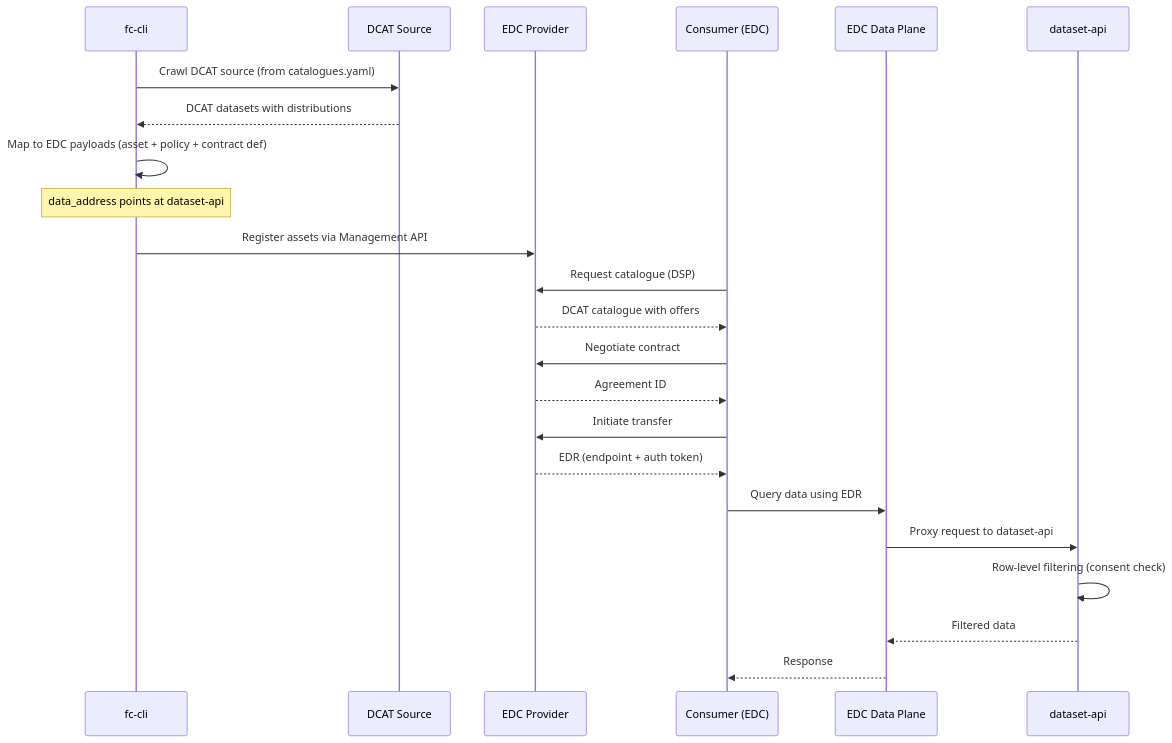
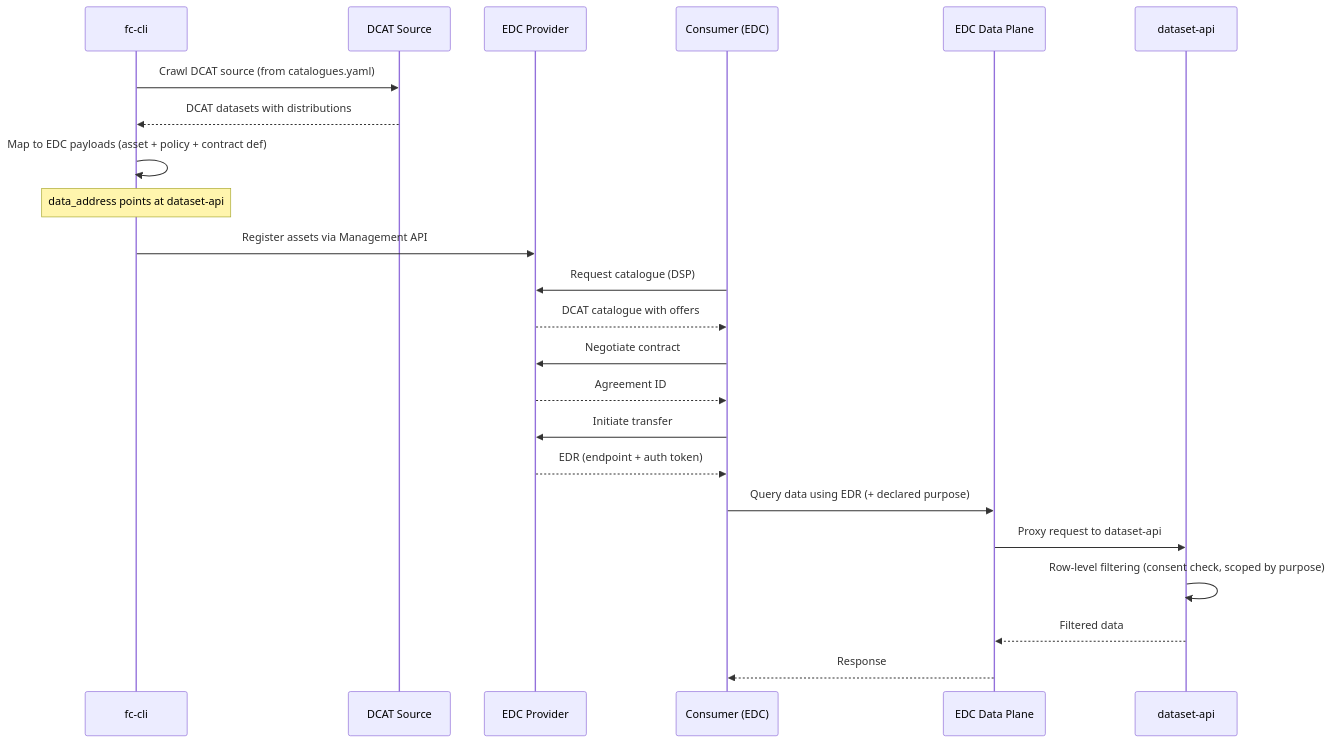
Before and after one commit to spindoxlabs/ds: the second of 2 diagrams in docs/architecture.md, drawn with Mermaid. The commit also changed other lines of this file and 56 other files, not shown here.

````diff
--- a/docs/architecture.md
+++ b/docs/architecture.md
@@ -229,28 +229,28 @@
 ```mermaid
 sequenceDiagram
     participant FC as fc-cli
     participant DCAT as DCAT Source
     participant EDC as EDC Provider
     participant Consumer as Consumer (EDC)
     participant DP as EDC Data Plane
     participant DA as dataset-api
 
     FC->>DCAT: Crawl DCAT source (from catalogues.yaml)
     DCAT-->>FC: DCAT datasets with distributions
     FC->>FC: Map to EDC payloads (asset + policy + contract def)
     Note over FC: data_address points at dataset-api
     FC->>EDC: Register assets via Management API
 
     Consumer->>EDC: Request catalogue (DSP)
     EDC-->>Consumer: DCAT catalogue with offers
     Consumer->>EDC: Negotiate contract
     EDC-->>Consumer: Agreement ID
     Consumer->>EDC: Initiate transfer
     EDC-->>Consumer: EDR (endpoint + auth token)
 
-    Consumer->>DP: Query data using EDR
+    Consumer->>DP: Query data using EDR (+ declared purpose)
     DP->>DA: Proxy request to dataset-api
-    DA->>DA: Row-level filtering (consent check)
+    DA->>DA: Row-level filtering (consent check, scoped by purpose)
     DA-->>DP: Filtered data
     DP-->>Consumer: Response
 ```
````
